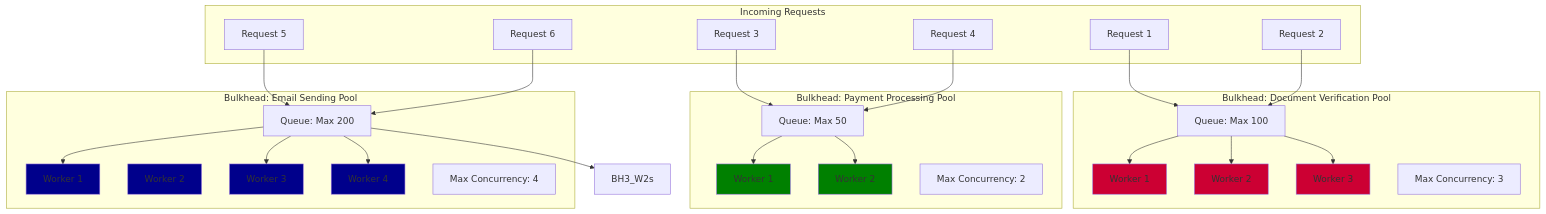
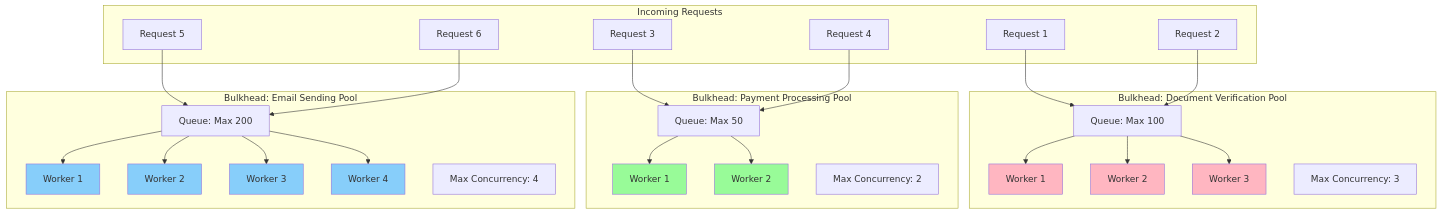
One commit to huytu0702/university_admission_portal changed the sixth of 9 diagrams in backend/docs/SYSTEM_FLOW_AFTER_PATTERNS.md. Above: the diagram before and after it, drawn with Mermaid. The commit also changed other lines of this file and 1 other file, not shown here.

````diff
--- a/backend/docs/SYSTEM_FLOW_AFTER_PATTERNS.md
+++ b/backend/docs/SYSTEM_FLOW_AFTER_PATTERNS.md
@@ -700,64 +700,64 @@
 ```mermaid
 graph TB
     subgraph "Incoming Requests"
         R1[Request 1]
         R2[Request 2]
         R3[Request 3]
         R4[Request 4]
         R5[Request 5]
         R6[Request 6]
     end
     
     subgraph "Bulkhead: Document Verification Pool"
         BH1_W1[Worker 1]
         BH1_W2[Worker 2]
         BH1_W3[Worker 3]
         BH1_Q[Queue: Max 100]
         BH1_C[Max Concurrency: 3]
     end
     
     subgraph "Bulkhead: Payment Processing Pool"
         BH2_W1[Worker 1]
         BH2_W2[Worker 2]
         BH2_Q[Queue: Max 50]
         BH2_C[Max Concurrency: 2]
     end
     
     subgraph "Bulkhead: Email Sending Pool"
         BH3_W1[Worker 1]
         BH3_W2[Worker 2]
         BH3_W3[Worker 3]
         BH3_W4[Worker 4]
         BH3_Q[Queue: Max 200]
         BH3_C[Max Concurrency: 4]
     end
     
     R1 --> BH1_Q
     R2 --> BH1_Q
     R3 --> BH2_Q
     R4 --> BH2_Q
     R5 --> BH3_Q
     R6 --> BH3_Q
     
     BH1_Q --> BH1_W1
     BH1_Q --> BH1_W2
     BH1_Q --> BH1_W3
     
     BH2_Q --> BH2_W1
     BH2_Q --> BH2_W2
     
     BH3_Q --> BH3_W1
-    BH3_Q --> BH3_W2s
+    BH3_Q --> BH3_W2
     BH3_Q --> BH3_W3
     BH3_Q --> BH3_W4
     
-    style BH1_W1 fill:#CC0033
-    style BH1_W2 fill:#CC0033
-    style BH1_W3 fill:#CC0033
-    style BH2_W1 fill:#008000
-    style BH2_W2 fill:#008000
-    style BH3_W1 fill:#00008B
-    style BH3_W2 fill:#00008B
-    style BH3_W3 fill:#00008B
-    style BH3_W4 fill:#00008B
+    style BH1_W1 fill:#FFB6C1
+    style BH1_W2 fill:#FFB6C1
+    style BH1_W3 fill:#FFB6C1
+    style BH2_W1 fill:#98FB98
+    style BH2_W2 fill:#98FB98
+    style BH3_W1 fill:#87CEFA
+    style BH3_W2 fill:#87CEFA
+    style BH3_W3 fill:#87CEFA
+    style BH3_W4 fill:#87CEFA
 ```
````
